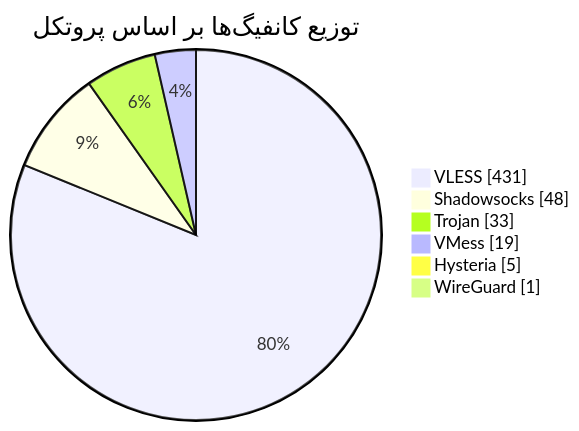
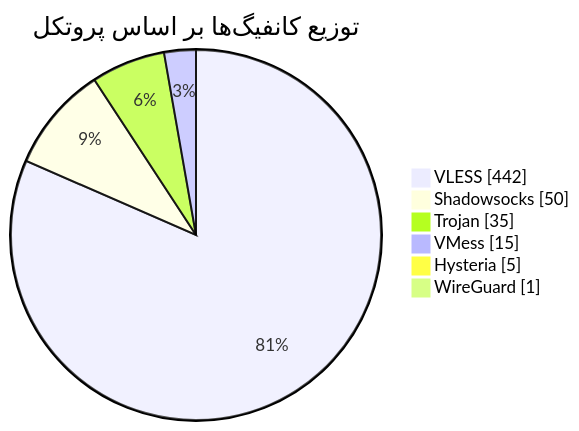
One commit to Arian-Alijani/Somthing changed the diagram in README.md. Above: the diagram before and after it, drawn with Mermaid. The commit also changed other lines of this file and 57 other files, not shown here.

````diff
--- a/README.md
+++ b/README.md
@@ -48,10 +48,10 @@
 ```mermaid
 pie showData
     title توزیع کانفیگ‌ها بر اساس پروتکل
-    "VLESS" : 431
-    "Shadowsocks" : 48
-    "Trojan" : 33
-    "VMess" : 19
+    "VLESS" : 442
+    "Shadowsocks" : 50
+    "Trojan" : 35
+    "VMess" : 15
     "Hysteria" : 5
     "WireGuard" : 1
 ```
````
